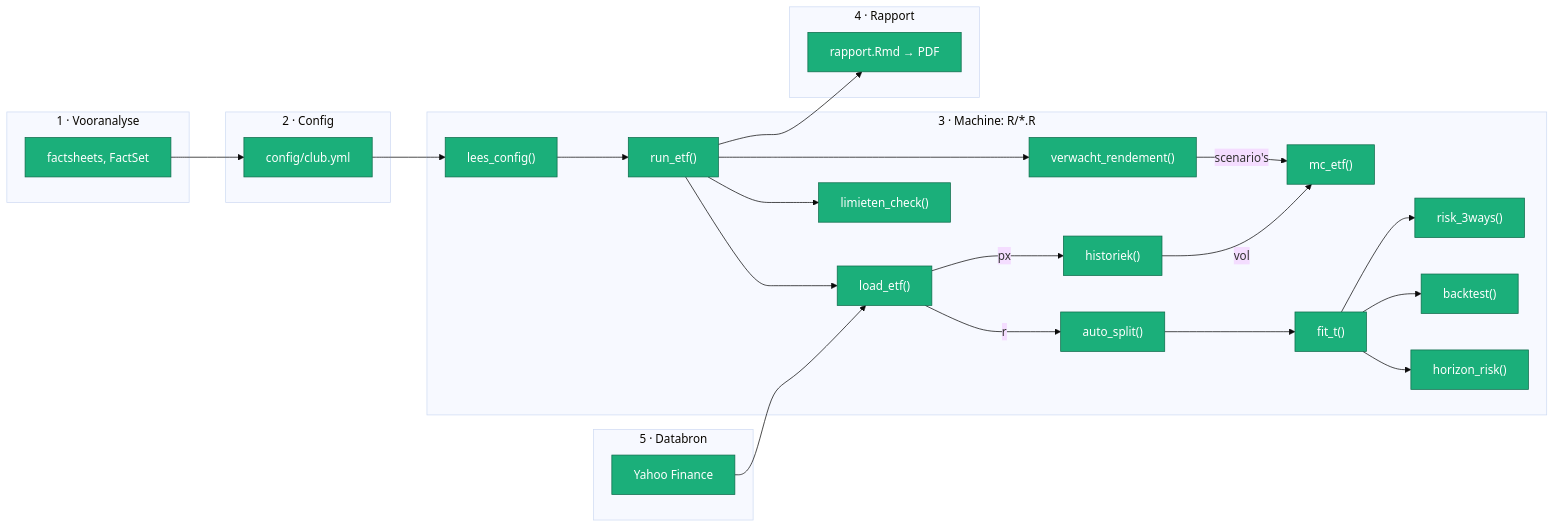
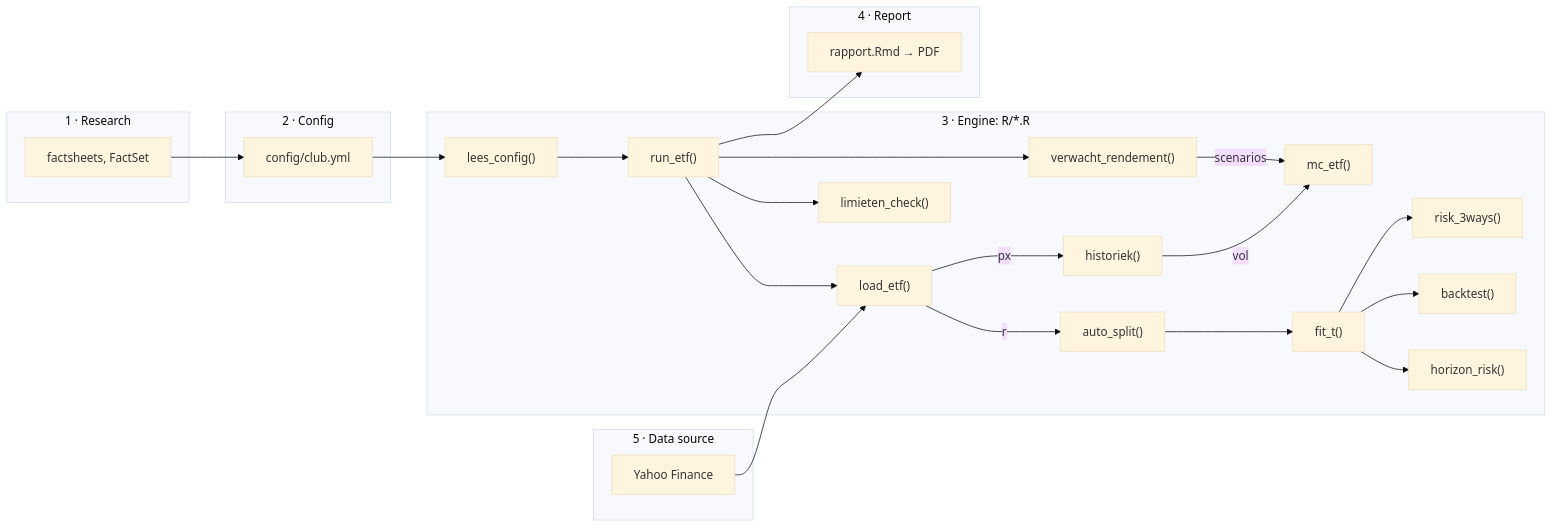
One commit to batistedecat/etf-model-1 changed the diagram in README.md. Above: the diagram before and after it, drawn with Mermaid (base theme). The commit also changed other lines of this file, not shown here.

````diff
--- a/README.md
+++ b/README.md
@@ -6,43 +132,41 @@
 ```mermaid
 flowchart LR
-  subgraph A["1 · Vooranalyse"]
+  subgraph A["1 · Research"]
     S["factsheets, FactSet"]
   end
   subgraph B["2 · Config"]
     Y["config/club.yml"]
   end
-  subgraph C["3 · Machine: R/*.R"]
+  subgraph C["3 · Engine: R/*.R"]
     LC["lees_config()"]
     RE["run_etf()"]
     LE["load_etf()"]
     HI["historiek()"]
     VR["verwacht_rendement()"]
     MC["mc_etf()"]
     AS["auto_split()"]
     FT["fit_t()"]
     RK["risk_3ways()"]
     BT["backtest()"]
     HR["horizon_risk()"]
     LM["limieten_check()"]
   end
-  subgraph D["4 · Rapport"]
+  subgraph D["4 · Report"]
     RP["rapport.Rmd → PDF"]
   end
-  subgraph E["5 · Databron"]
+  subgraph E["5 · Data source"]
     YH["Yahoo Finance"]
   end
   S --> Y --> LC --> RE
   RE --> LE
   LE -->|px| HI
   YH --> LE
-  RE --> VR -->|scenario's| MC
+  RE --> VR -->|scenarios| MC
   HI -->|vol| MC
   LE -->|r| AS --> FT
   FT --> RK
   FT --> BT
   FT --> HR
   RE --> LM
   RE --> RP
-  classDef klaar fill:#1BAF7A,color:#fff,stroke:#0d6b4a
-    class LC,LE,YH,Y,S,HI,VR,MC,AS,FT,RK,BT,HR,LM,RE,RP klaar
 ```
````
